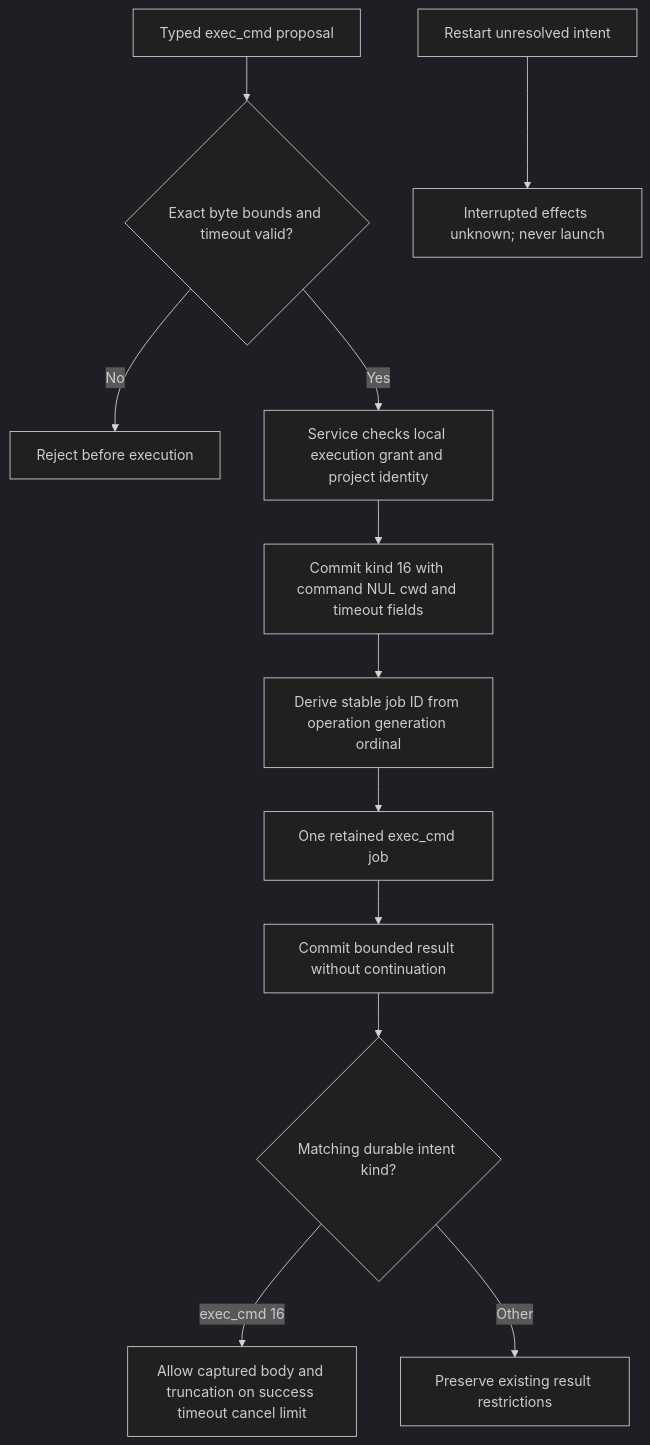
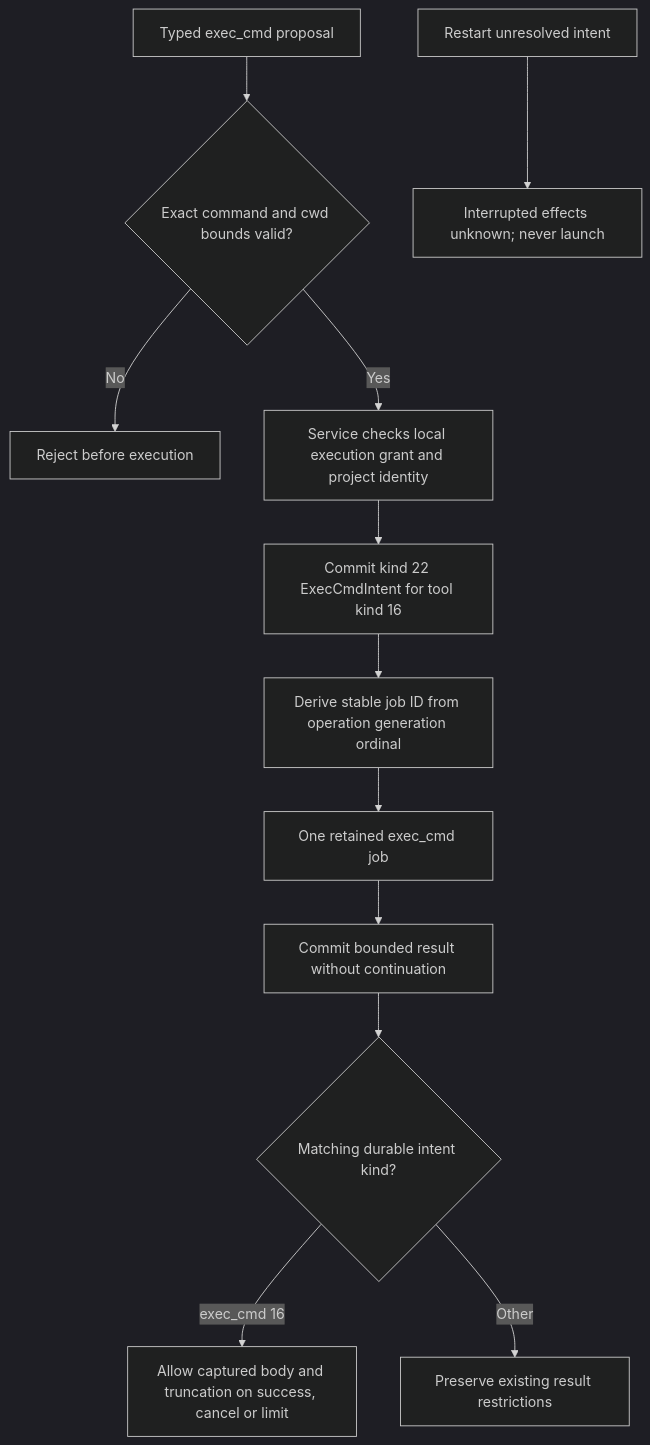
Before and after one commit to pidster/asura: the second of 3 diagrams in docs/designs/exec-cmd-tool.md, drawn with Mermaid (dark theme). The commit also changed other lines of this file and 107 other files, not shown here.

````diff
--- a/docs/designs/exec-cmd-tool.md
+++ b/docs/designs/exec-cmd-tool.md
@@ -463,14 +473,14 @@
 ```mermaid
 flowchart TD
-    Proposal[Typed exec_cmd proposal] --> Validate{Exact byte bounds and timeout valid?}
+    Proposal[Typed exec_cmd proposal] --> Validate{Exact command and cwd bounds valid?}
     Validate -->|No| Reject[Reject before execution]
     Validate -->|Yes| Grant[Service checks local execution grant and project identity]
-    Grant --> Intent[Commit kind 16 with command NUL cwd and timeout fields]
+    Grant --> Intent[Commit kind 22 ExecCmdIntent for tool kind 16]
     Intent --> Identity[Derive stable job ID from operation generation ordinal]
     Identity --> Effect[One retained exec_cmd job]
     Effect --> Result[Commit bounded result without continuation]
     Result --> Replay{Matching durable intent kind?}
-    Replay -->|exec_cmd 16| exec_cmd[Allow captured body and truncation on success timeout cancel limit]
+    Replay -->|exec_cmd 16| exec_cmd[Allow captured body and truncation on success, cancel or limit]
     Replay -->|Other| Existing[Preserve existing result restrictions]
     Restart[Restart unresolved intent] --> Unknown[Interrupted effects unknown; never launch]
 ```
````
